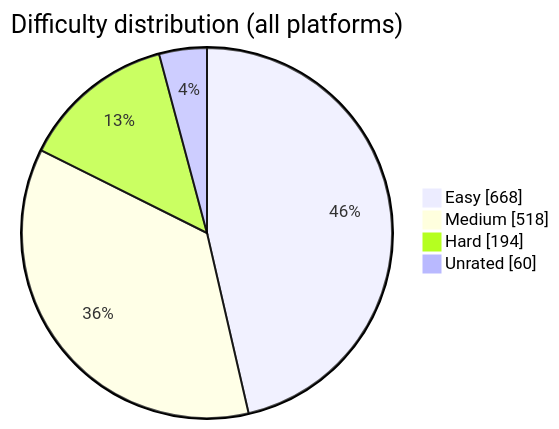
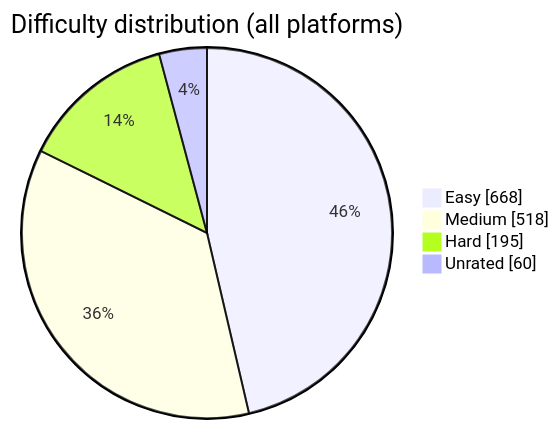
The diagram in README.md (BuildbyArindam/Daily-Coding-Log), drawn with Mermaid before and after one commit. The commit also changed other lines of this file, not shown here.

````diff
--- a/README.md
+++ b/README.md
@@ -93,7 +93,7 @@
 ```mermaid
 pie showData title Difficulty distribution (all platforms)
     "Easy" : 668
     "Medium" : 518
-    "Hard" : 194
+    "Hard" : 195
     "Unrated" : 60
 ```
````
